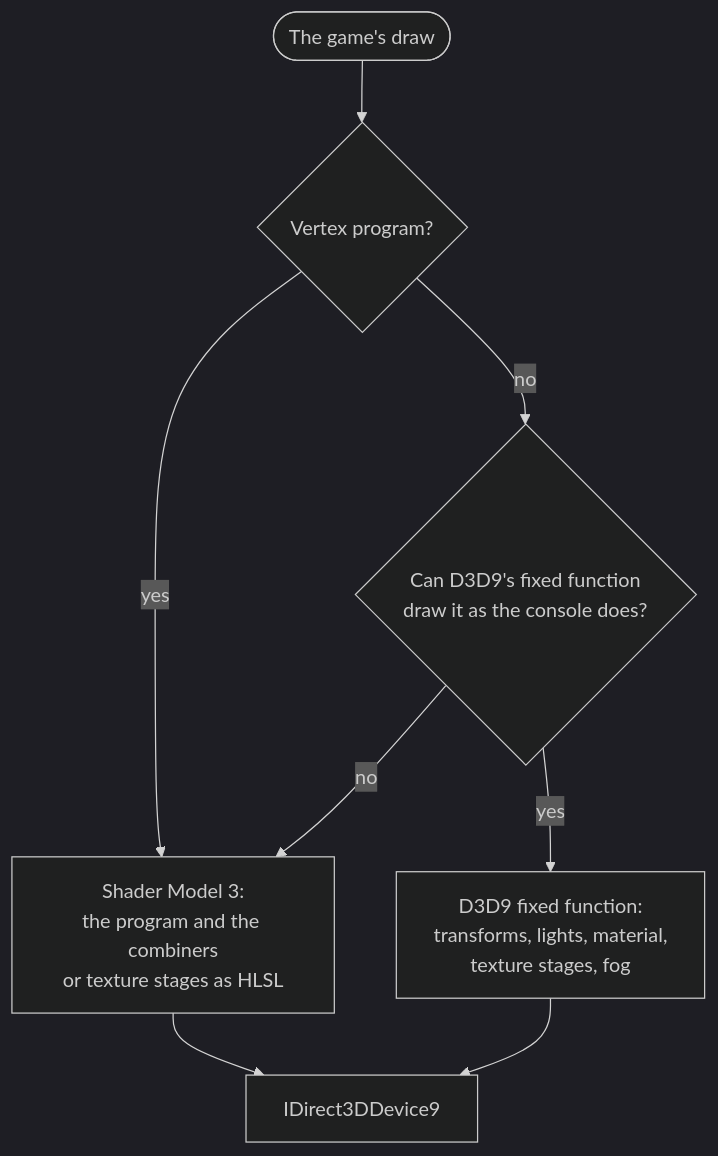
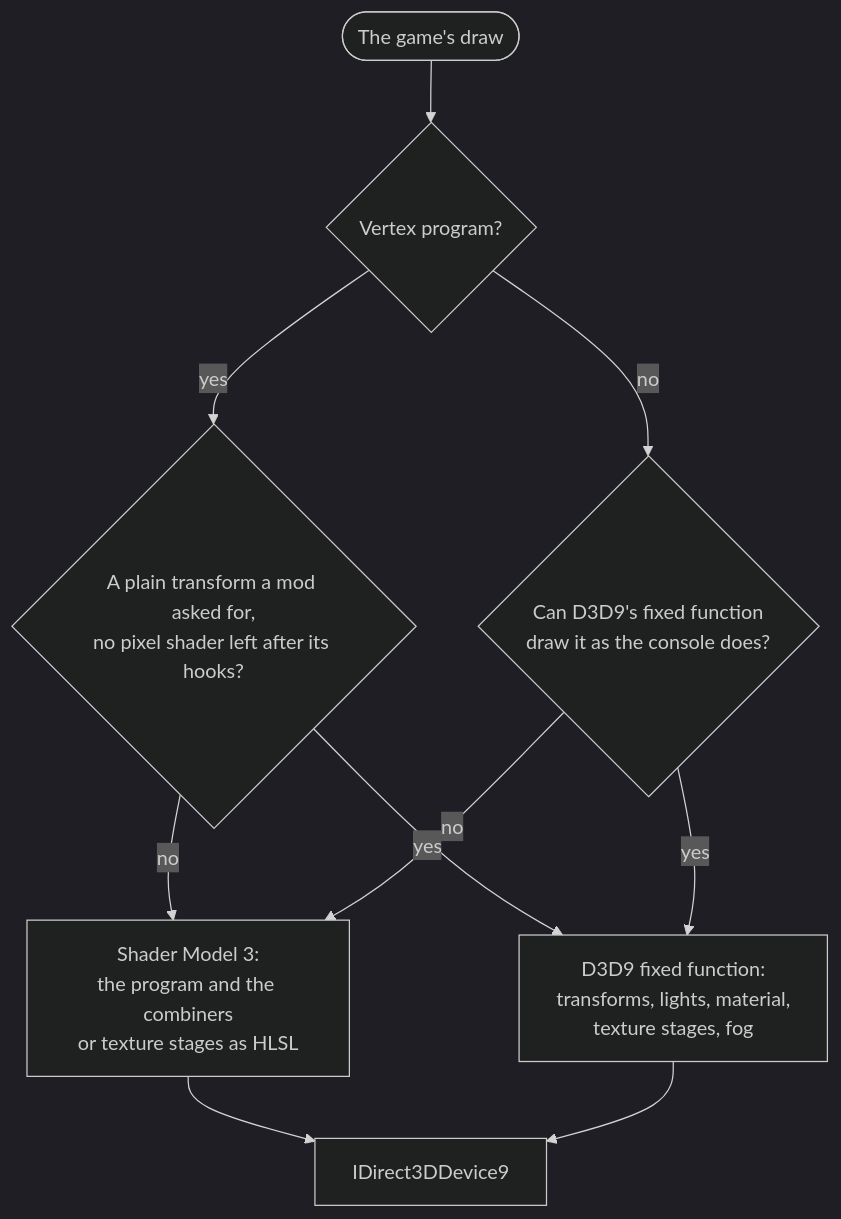
Before and after one commit to bechapm/XboxXBERecomp-D3D9: the diagram in docs/d3d9.md, drawn with Mermaid (dark theme). The commit also changed other lines of this file and 1 other file, not shown here.

First line of the commit message:
docs: the plain transform gate, and how to compare two runs

````diff
--- a/docs/d3d9.md
+++ b/docs/d3d9.md
@@ -11,10 +11,12 @@
 ```mermaid
 flowchart TD
     D(["The game's draw"]) --> P{"Vertex program?"}
-    P -- yes --> SH["Shader Model 3:<br/>the program and the combiners<br/>or texture stages as HLSL"]
+    P -- yes --> T{"A plain transform a mod asked for,<br/>no pixel shader left after its hooks?"}
+    T -- no --> SH["Shader Model 3:<br/>the program and the combiners<br/>or texture stages as HLSL"]
+    T -- yes --> FFP
     P -- no --> FF{"Can D3D9's fixed function<br/>draw it as the console does?"}
     FF -- yes --> FFP["D3D9 fixed function:<br/>transforms, lights, material,<br/>texture stages, fog"]
     FF -- no --> SH
     SH --> DEV["IDirect3DDevice9"]
     FFP --> DEV
 ```
````
